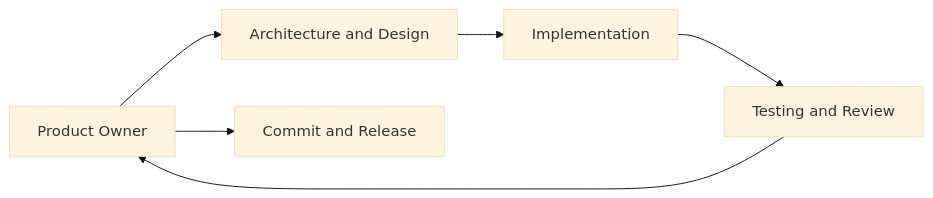
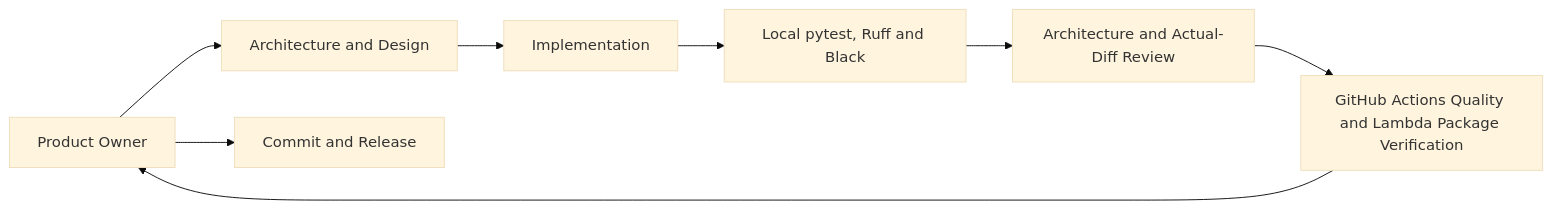
The diagram in docs/development/ai-development-workflow.md (tom-stayner/cocktail-ai-app), drawn with Mermaid (base theme) before and after one commit. The commit also changed other lines of this file and 11 other files, not shown here.

````diff
--- a/docs/development/ai-development-workflow.md
+++ b/docs/development/ai-development-workflow.md
@@ -29,8 +30,10 @@
 ```mermaid
 flowchart LR
     PO["Product Owner"] --> ARCH["Architecture and Design"]
     ARCH --> ENG["Implementation"]
-    ENG --> REVIEW["Testing and Review"]
-    REVIEW --> PO
+    ENG --> LOCAL["Local pytest, Ruff and Black"]
+    LOCAL --> REVIEW["Architecture and Actual-Diff Review"]
+    REVIEW --> CI["GitHub Actions Quality and Lambda Package Verification"]
+    CI --> PO
     PO --> RELEASE["Commit and Release"]
 ```
````
